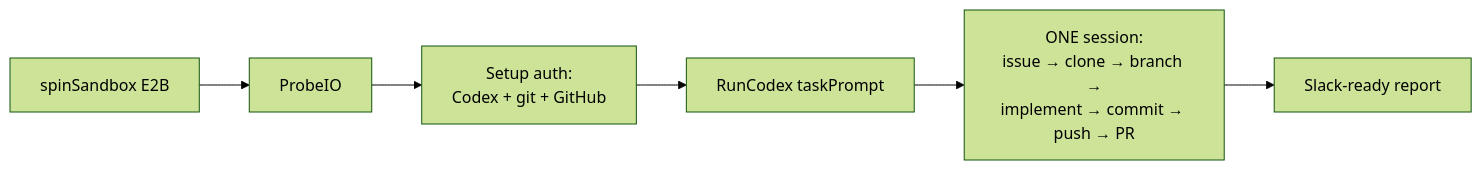
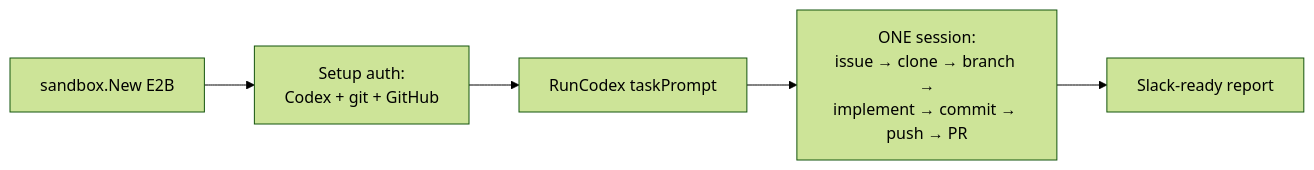
The fourth of 5 diagrams in ARCHITECTURE.md (hetsaraiya/spores), drawn with Mermaid (forest theme) before and after one commit. The commit also changed other lines of this file and 17 other files, not shown here.

````diff
--- a/ARCHITECTURE.md
+++ b/ARCHITECTURE.md
@@ -117,7 +117,7 @@
 ```mermaid
 flowchart LR
-    S[spinSandbox E2B] --> P[ProbeIO] --> A[Setup auth:\nCodex + git + GitHub]
+    S[sandbox.New E2B] --> A[Setup auth:\nCodex + git + GitHub]
     A --> C[RunCodex taskPrompt]
     C --> D[ONE session:\nissue → clone → branch →\nimplement → commit → push → PR]
     D --> R[Slack-ready report]
 ```
````
